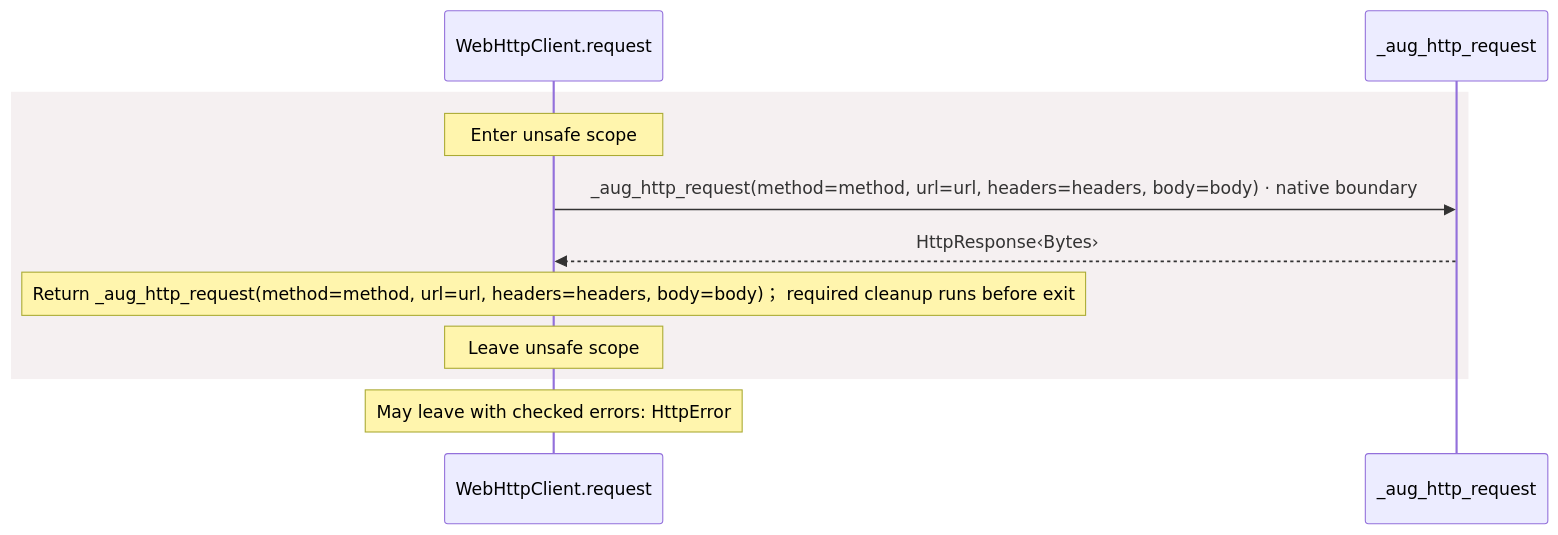
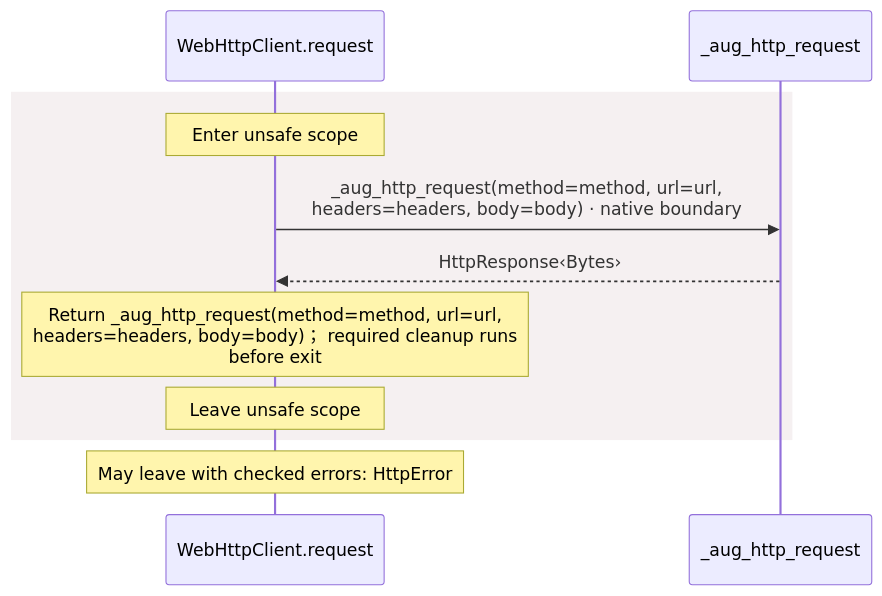
One commit to GreenPandaStudios/augscript changed the fourth of 7 diagrams in docs/examples/oidc-login/dependencies/packages/@git/url_897efafd565158fc4908/0.0.0-git.a39fc582565d4fca40be4f75fa304d71adc69301/contracts-diagrams.md. Above: the diagram before and after it, drawn with Mermaid. The commit also changed other lines of this file and 200 other files, not shown here.

Commit message:
Group imported operations and wrap readable sequence messages

````diff
--- a/docs/examples/oidc-login/dependencies/packages/@git/url_897efafd565158fc4908/0.0.0-git.a39fc582565d4fca40be4f75fa304d71adc69301/contracts-diagrams.md
+++ b/docs/examples/oidc-login/dependencies/packages/@git/url_897efafd565158fc4908/0.0.0-git.a39fc582565d4fca40be4f75fa304d71adc69301/contracts-diagrams.md
@@ -155,13 +155,13 @@
 ```mermaid
 sequenceDiagram
     participant p0 as WebHttpClient.request
     participant p1 as _aug_http_request
     rect rgb(245, 240, 241)
     Note over p0: Enter unsafe scope
-    p0->>p1: _aug_http_request(method=method, url=url, headers=headers, body=body) · native boundary
+    p0->>p1: _aug_http_request(method=method, url=url,<br/>headers=headers, body=body) · native boundary
     p1-->>p0: HttpResponse‹Bytes›
-    Note over p0: Return _aug_http_request(method=method, url=url, headers=headers, body=body)； required cleanup runs before exit
+    Note over p0: Return _aug_http_request(method=method, url=url,<br/>headers=headers, body=body)； required cleanup runs<br/>before exit
     Note over p0: Leave unsafe scope
     end
     Note over p0: May leave with checked errors: HttpError
 ```
````
